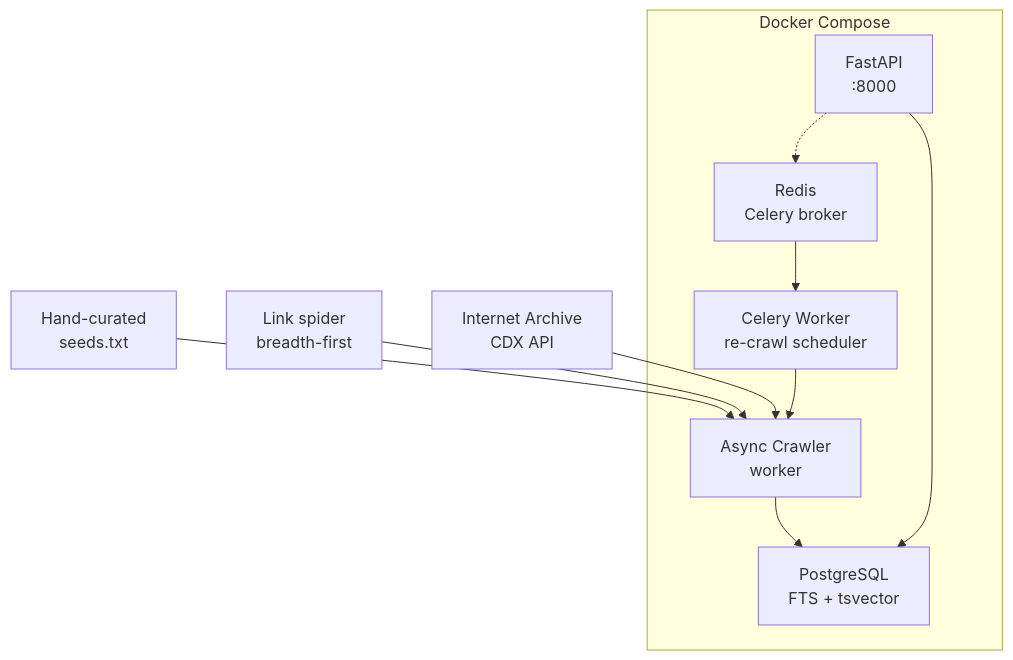
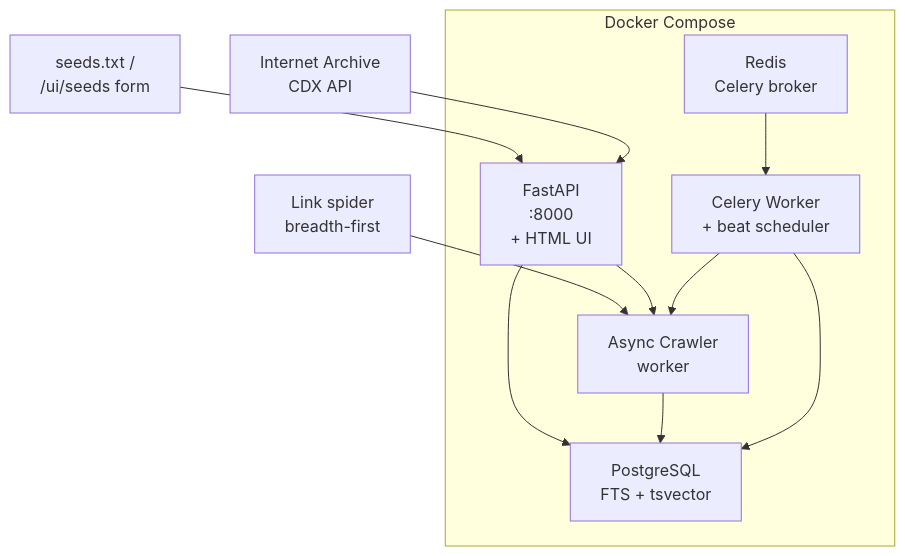
One commit to Edinunzio/the-collector changed the diagram in README.md. Above: the diagram before and after it, drawn with Mermaid. The commit also changed other lines of this file, not shown here.

````diff
--- a/README.md
+++ b/README.md
@@ -30,20 +41,21 @@
 ```mermaid
 flowchart TD
     subgraph Docker["Docker Compose"]
-        API["FastAPI\n:8000"]
+        API["FastAPI\n:8000\n+ HTML UI"]
         CRAWLER["Async Crawler\nworker"]
-        CELERY["Celery Worker\nre-crawl scheduler"]
+        CELERY["Celery Worker\n+ beat scheduler"]
         DB["PostgreSQL\nFTS + tsvector"]
         REDIS["Redis\nCelery broker"]
     end
 
-    SEEDS["Hand-curated\nseeds.txt"] --> CRAWLER
+    SEEDS["seeds.txt /\n/ui/seeds form"] --> API
+    CDX["Internet Archive\nCDX API"] --> API
     SPIDER["Link spider\nbreadth-first"] --> CRAWLER
-    CDX["Internet Archive\nCDX API"] --> CRAWLER
 
+    API --> DB
+    API --> CRAWLER
     CRAWLER --> DB
     CELERY --> CRAWLER
+    CELERY --> DB
     REDIS --> CELERY
-    API --> DB
-    API -.-> REDIS
 ```
````
